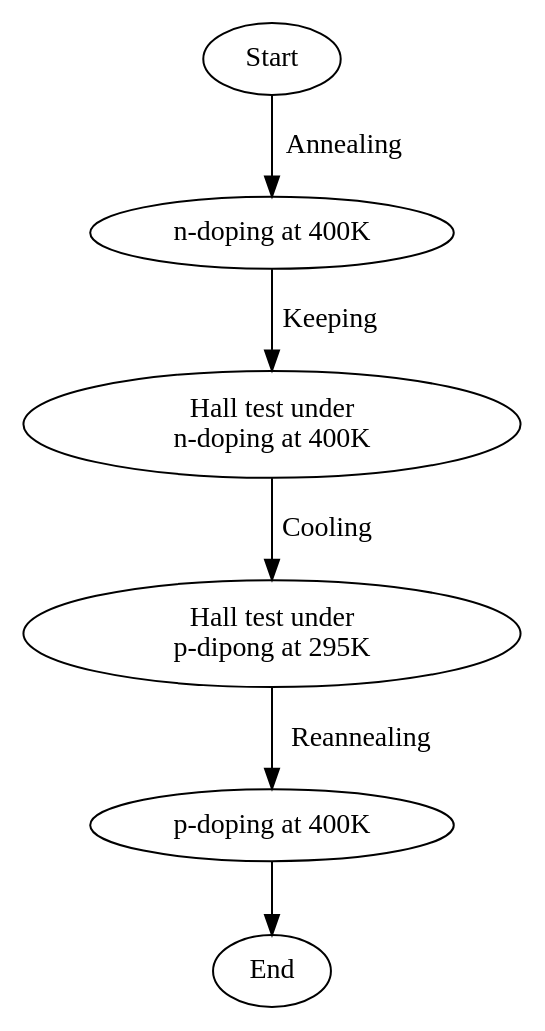
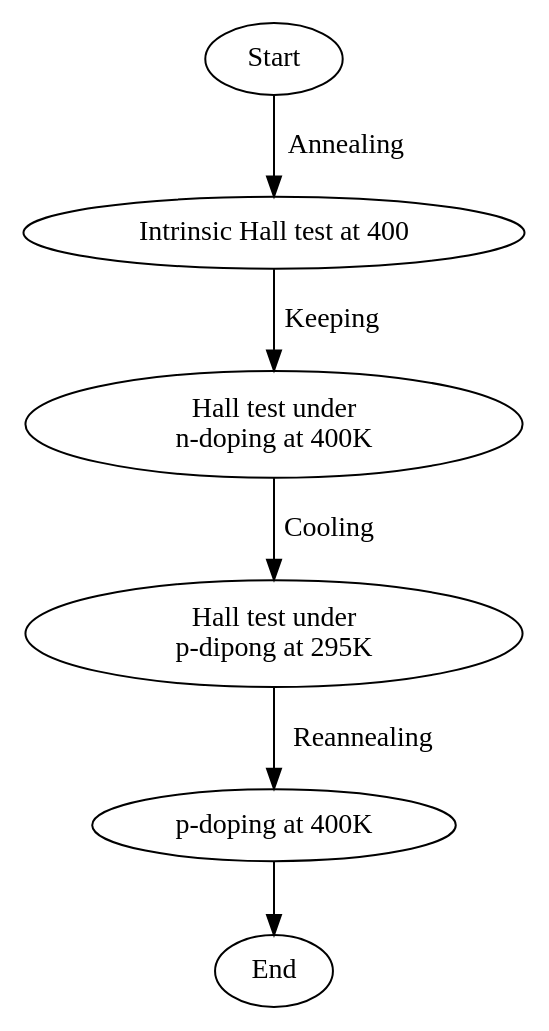
Before and after one commit to Wenyi-hub/Codesaving: the diagram in FlowDiagramFolder/FlowDiagram.gv, drawn with Graphviz.

```diff
--- a/FlowDiagramFolder/FlowDiagram.gv
+++ b/FlowDiagramFolder/FlowDiagram.gv
@@ -1,16 +1,16 @@
 
 digraph {
 	A [label="Start"]
-	B [label="n-doping at 400K"]
+	B [label="Intrinsic Hall test at 400"]
 	C [label="Hall test under
 	n-doping at 400K"]
 	D [label="Hall test under
 	p-dipong at 295K"]
 	E [label="p-doping at 400K"]
 	F [label="End"]
 	A -> B [label=Annealing]
 	B -> C [label=Keeping]
 	C -> D [label=Cooling]
 	D -> E [label=Reannealing]
 	E -> F
 }
```
